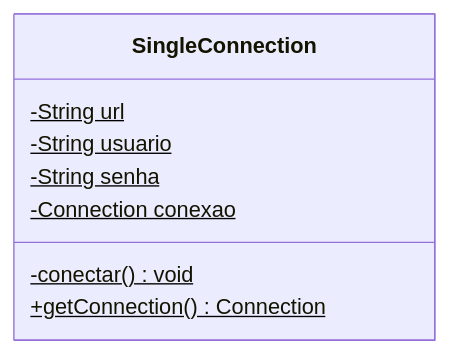
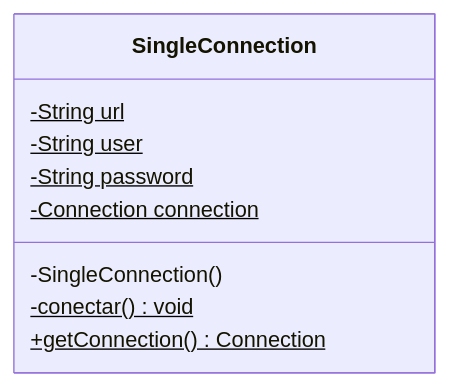
The eighth of 19 diagrams in 3º Semestre/[Prof. Jefferson Passerini] Laboratório de Programação III/Resumos-IA/Caderno-Consolidado.md (murilolol/unifef), drawn with Mermaid before and after one commit. The commit also changed other lines of this file and 40 other files, not shown here.

````diff
--- a/3º Semestre/[Prof. Jefferson Passerini] Laboratório de Programação III/Resumos-IA/Caderno-Consolidado.md
+++ b/3º Semestre/[Prof. Jefferson Passerini] Laboratório de Programação III/Resumos-IA/Caderno-Consolidado.md
@@ -660,11 +510,12 @@
 ```mermaid
 classDiagram
     class SingleConnection {
         -String url$
-        -String usuario$
-        -String senha$
-        -Connection conexao$
+        -String user$
+        -String password$
+        -Connection connection$
+        -SingleConnection()
         -conectar()$ void
         +getConnection()$ Connection
     }
 ```
````
